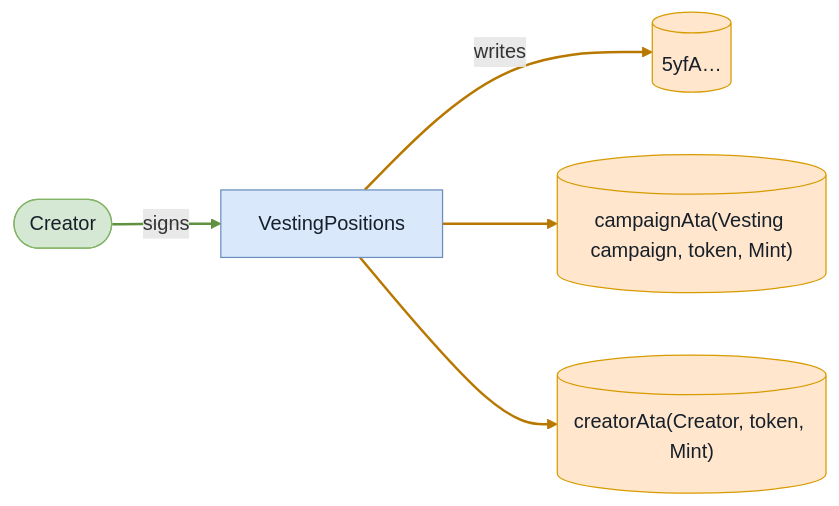
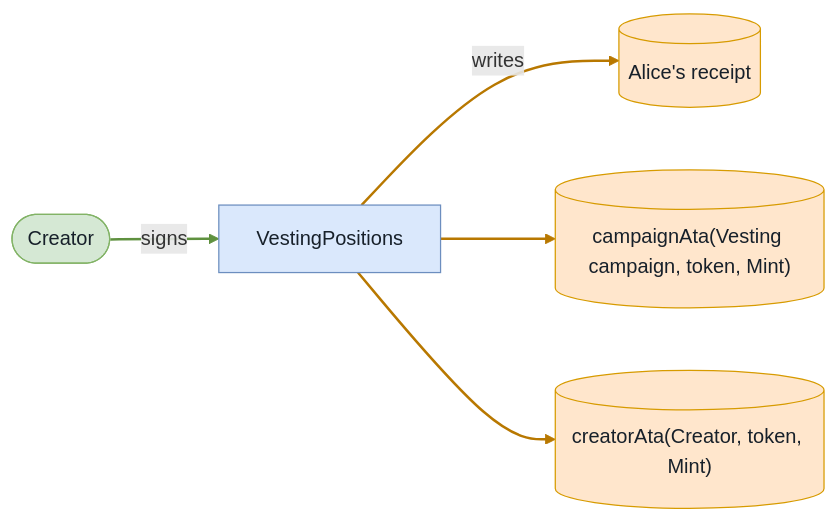
One commit to cds-turbin3/vesting-position changed the eighth of 9 diagrams in babelfish-tests/test-report/clawback_unclaimed_fails_if_already_claimed.md. Above: the diagram before and after it, drawn with Mermaid. The commit also changed other lines of this file and 104 other files, not shown here.

````diff
--- a/babelfish-tests/test-report/clawback_unclaimed_fails_if_already_claimed.md
+++ b/babelfish-tests/test-report/clawback_unclaimed_fails_if_already_claimed.md
@@ -392,17 +391,17 @@
 ```mermaid
 flowchart LR
     VestingPositions["VestingPositions"]:::program
     Creator(["Creator"]):::signer
-    n5yfA[("5yfA…")]:::state
+    Alicesreceipt[("Alice's receipt")]:::state
     campaignAtaVestingcampaigntokenMint[("campaignAta(Vesting campaign, token, Mint)")]:::state
     creatorAtaCreatortokenMint[("creatorAta(Creator, token, Mint)")]:::state
     Creator -->|signs| VestingPositions
-    VestingPositions -->|writes| n5yfA
+    VestingPositions -->|writes| Alicesreceipt
     VestingPositions --> campaignAtaVestingcampaigntokenMint
     VestingPositions --> creatorAtaCreatortokenMint
     classDef program fill:#dae8fc,stroke:#6c8ebf,color:#17202a;
     classDef signer fill:#d5e8d4,stroke:#82b366,color:#17202a;
     classDef state fill:#ffe6cc,stroke:#d79b00,color:#17202a;
     linkStyle 0 stroke:#5f913f,stroke-width:2px
     linkStyle 1,2,3 stroke:#b87800,stroke-width:2px
 ```
````
